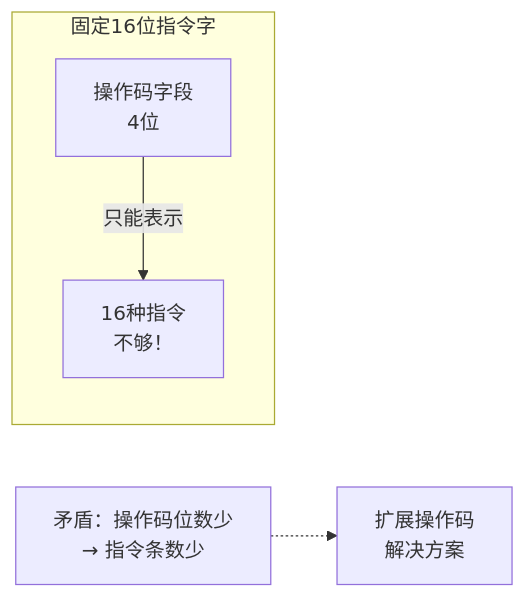
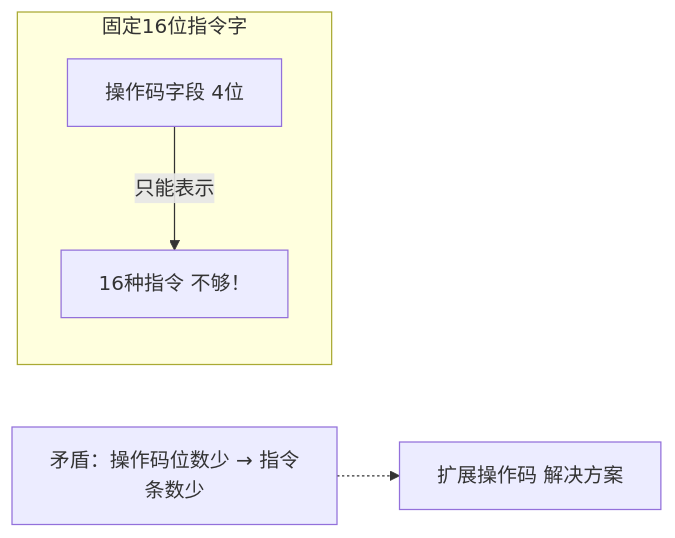
One commit to gilismael826-lgtm/course changed the first of 4 diagrams in 计算机组成原理/notes/专题笔记/专题-扩展操作码技术.md. Above: the diagram before and after it, drawn with Mermaid. The commit also changed other lines of this file and 28 other files, not shown here.

````diff
--- a/计算机组成原理/notes/专题笔记/专题-扩展操作码技术.md
+++ b/计算机组成原理/notes/专题笔记/专题-扩展操作码技术.md
@@ -28,8 +28,8 @@
 ```mermaid
 flowchart LR
     subgraph "固定16位指令字"
-        OP["操作码字段<br/>4位"] -->|只能表示| A["16种指令<br/>不够！"]
+        OP["操作码字段 4位"] -->|只能表示| A["16种指令 不够！"]
     end
     
-    B["矛盾：操作码位数少<br/>→ 指令条数少"] -.-> C["扩展操作码<br/>解决方案"]
+    B["矛盾：操作码位数少 → 指令条数少"] -.-> C["扩展操作码 解决方案"]
 ```
````
